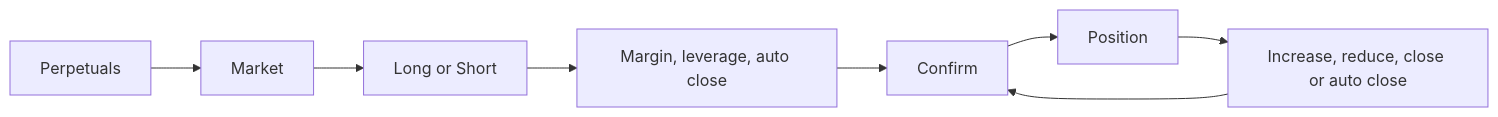
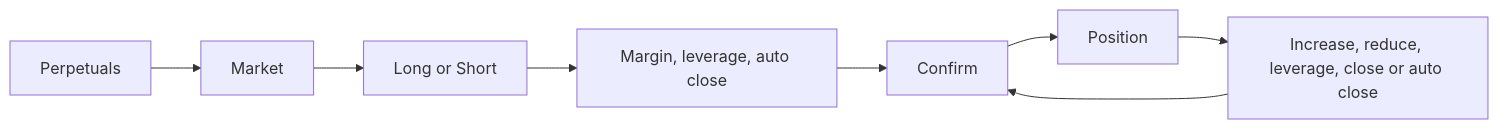
Before and after one commit to gemwalletcom/wallet: the first of 2 diagrams in docs/product/perpetuals.md, drawn with Mermaid. The commit also changed other lines of this file and 31 other files, not shown here.

````diff
--- a/docs/product/perpetuals.md
+++ b/docs/product/perpetuals.md
@@ -5,5 +5,5 @@
 ```mermaid
 flowchart LR
     A[Perpetuals] --> B[Market] --> C[Long or Short] --> D[Margin, leverage, auto close] --> E[Confirm] --> F[Position]
-    F --> G[Increase, reduce, close or auto close] --> E
+    F --> G[Increase, reduce, leverage, close or auto close] --> E
 ```
````
